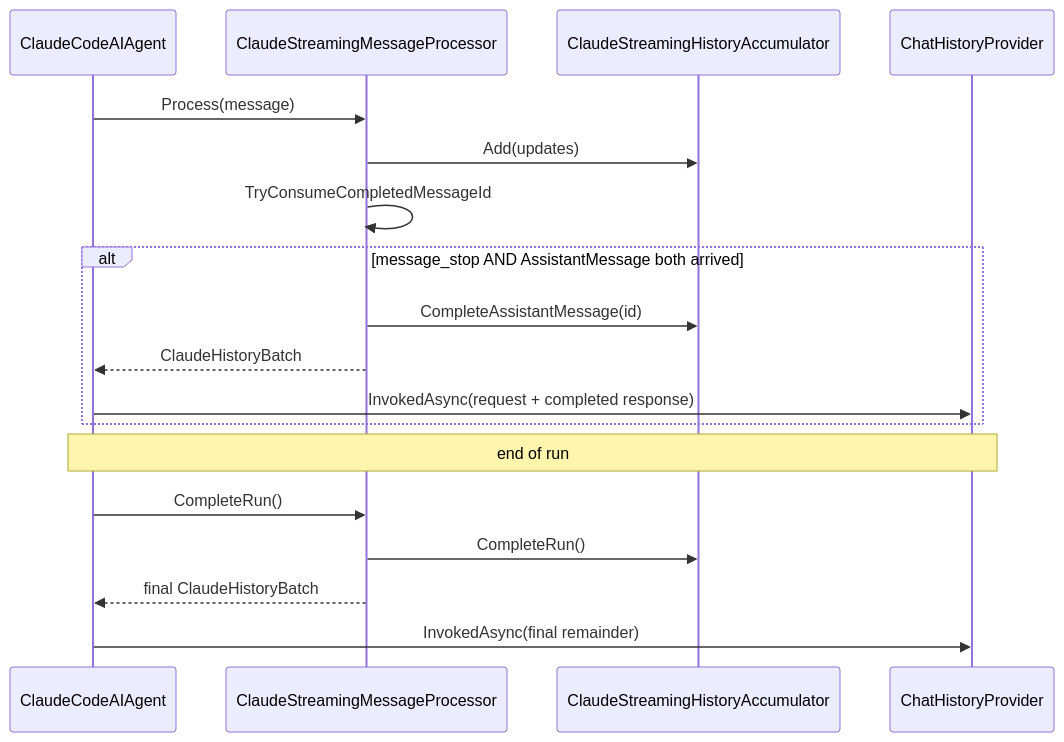
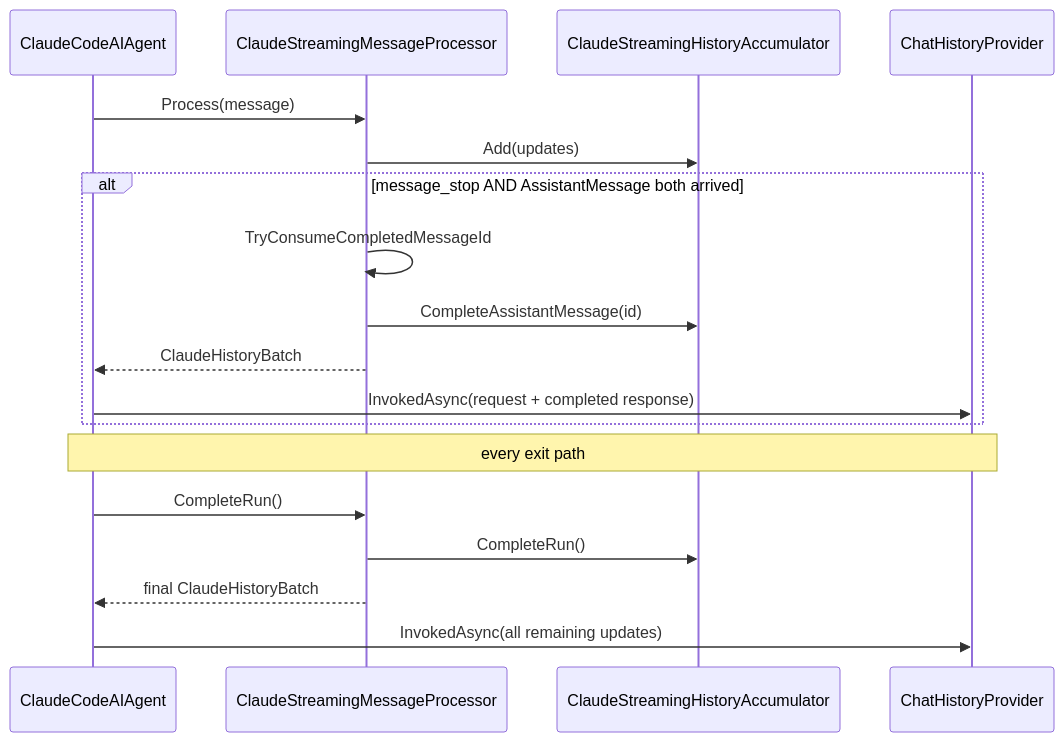
The sixth of 6 diagrams in src/ClaudeCodeSdk.MAF/README.md (zxyao145/claude-code-sdk-csharp), drawn with Mermaid before and after one commit. The commit also changed other lines of this file and 3 other files, not shown here.

````diff
--- a/src/ClaudeCodeSdk.MAF/README.md
+++ b/src/ClaudeCodeSdk.MAF/README.md
@@ -499,21 +502,21 @@
 ```mermaid
 sequenceDiagram
     participant Agent as ClaudeCodeAIAgent
     participant Proc as ClaudeStreamingMessageProcessor
     participant Acc as ClaudeStreamingHistoryAccumulator
     participant Prov as ChatHistoryProvider
 
     Agent->>Proc: Process(message)
     Proc->>Acc: Add(updates)
-    Proc->>Proc: TryConsumeCompletedMessageId
     alt message_stop AND AssistantMessage both arrived
+        Proc->>Proc: TryConsumeCompletedMessageId
         Proc->>Acc: CompleteAssistantMessage(id)
         Proc-->>Agent: ClaudeHistoryBatch
         Agent->>Prov: InvokedAsync(request + completed response)
     end
-    Note over Agent,Prov: end of run
+    Note over Agent,Prov: every exit path
     Agent->>Proc: CompleteRun()
     Proc->>Acc: CompleteRun()
     Proc-->>Agent: final ClaudeHistoryBatch
-    Agent->>Prov: InvokedAsync(final remainder)
+    Agent->>Prov: InvokedAsync(all remaining updates)
 ```
````
